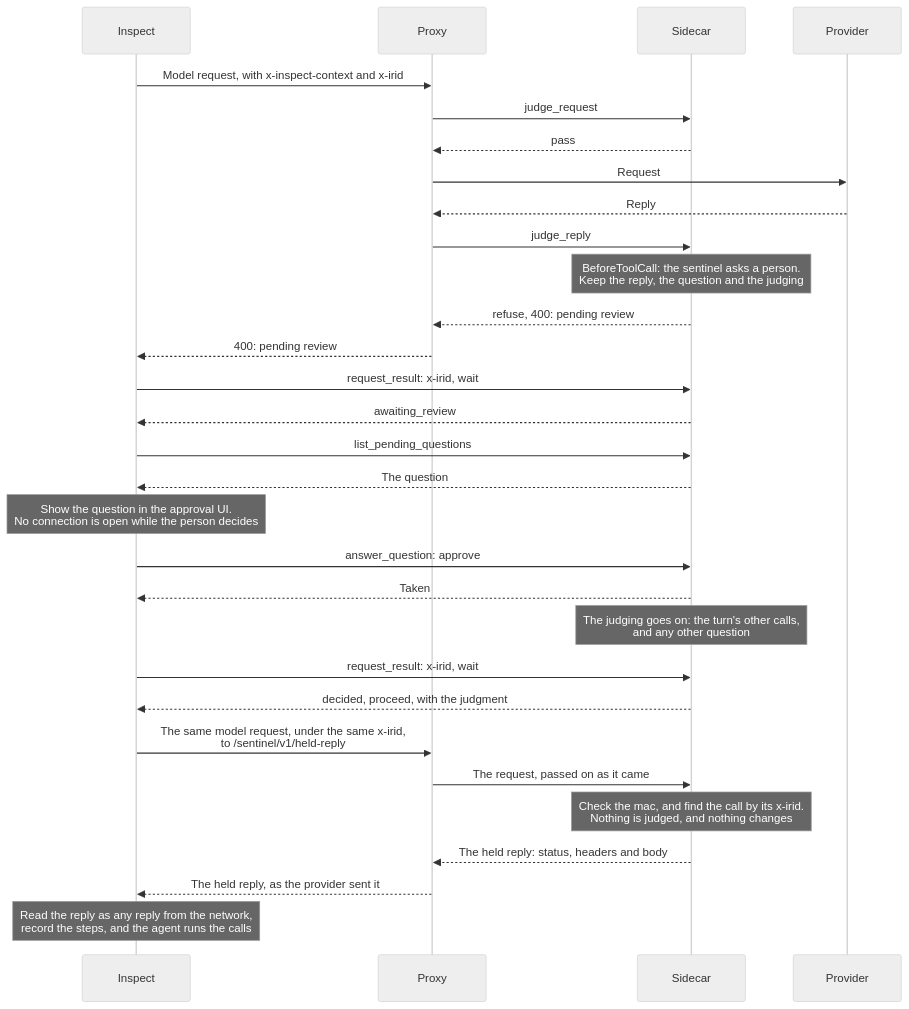
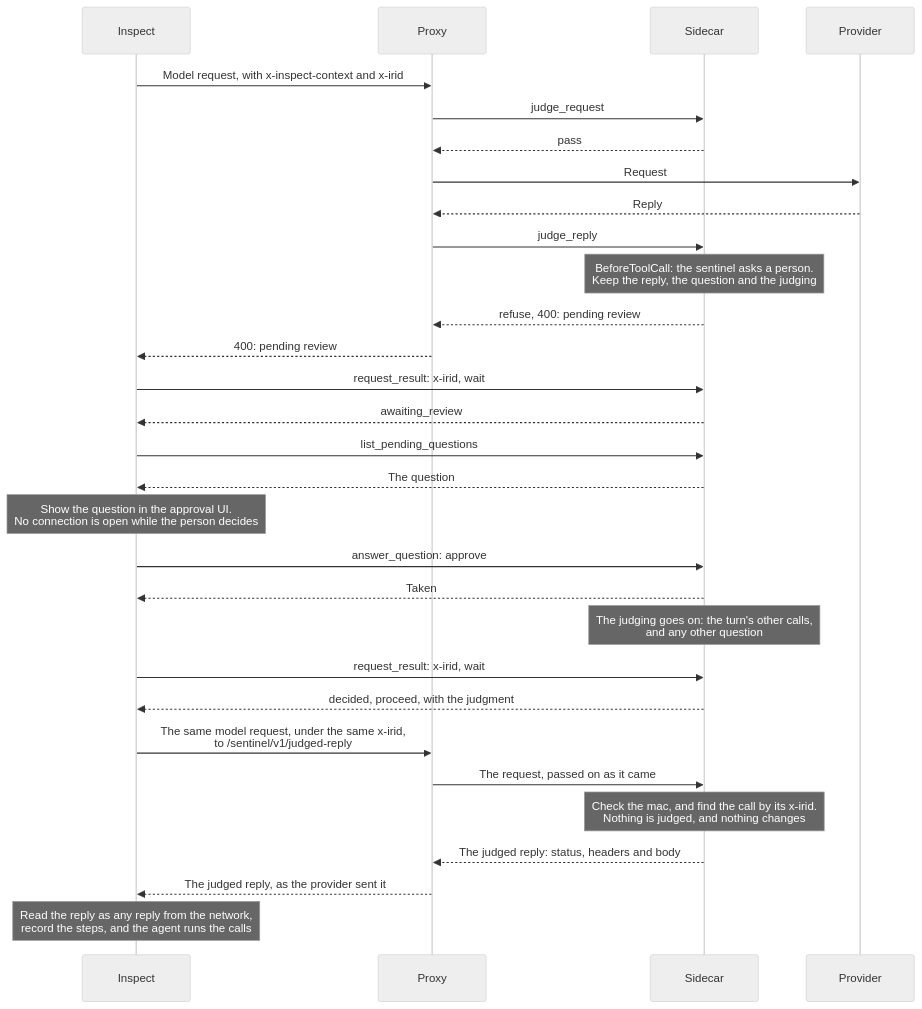
The second of 11 diagrams in design/sidecar.md (meridianlabs-ai/inspect_sentinel), drawn with Mermaid (neutral theme) before and after one commit. The commit also changed other lines of this file and 10 other files, not shown here.

First line of the commit message:
refactor(sidecar): rename the held reply to the judged reply

````diff
--- a/design/sidecar.md
+++ b/design/sidecar.md
@@ -1007,32 +1007,32 @@
 ```mermaid
 sequenceDiagram
     participant I as Inspect
     participant P as Proxy
     participant S as Sidecar
     participant M as Provider
     I->>P: Model request, with x-inspect-context and x-irid
     P->>S: judge_request
     S-->>P: pass
     P->>M: Request
     M-->>P: Reply
     P->>S: judge_reply
     Note over S: BeforeToolCall: the sentinel asks a person.<br/>Keep the reply, the question and the judging
     S-->>P: refuse, 400: pending review
     P-->>I: 400: pending review
     I->>S: request_result: x-irid, wait
     S-->>I: awaiting_review
     I->>S: list_pending_questions
     S-->>I: The question
     Note over I: Show the question in the approval UI.<br/>No connection is open while the person decides
     I->>S: answer_question: approve
     S-->>I: Taken
     Note over S: The judging goes on: the turn's other calls,<br/>and any other question
     I->>S: request_result: x-irid, wait
     S-->>I: decided, proceed, with the judgment
-    I->>P: The same model request, under the same x-irid,<br/>to /sentinel/v1/held-reply
+    I->>P: The same model request, under the same x-irid,<br/>to /sentinel/v1/judged-reply
     P->>S: The request, passed on as it came
     Note over S: Check the mac, and find the call by its x-irid.<br/>Nothing is judged, and nothing changes
-    S-->>P: The held reply: status, headers and body
-    P-->>I: The held reply, as the provider sent it
+    S-->>P: The judged reply: status, headers and body
+    P-->>I: The judged reply, as the provider sent it
     Note over I: Read the reply as any reply from the network,<br/>record the steps, and the agent runs the calls
 ```
````
